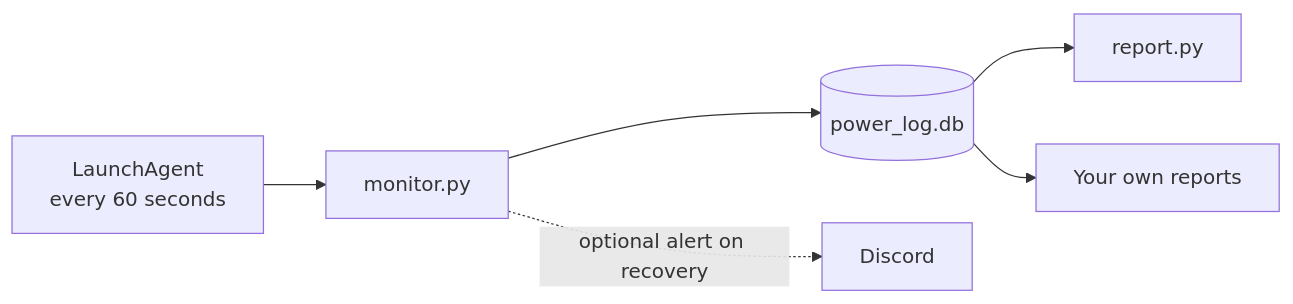
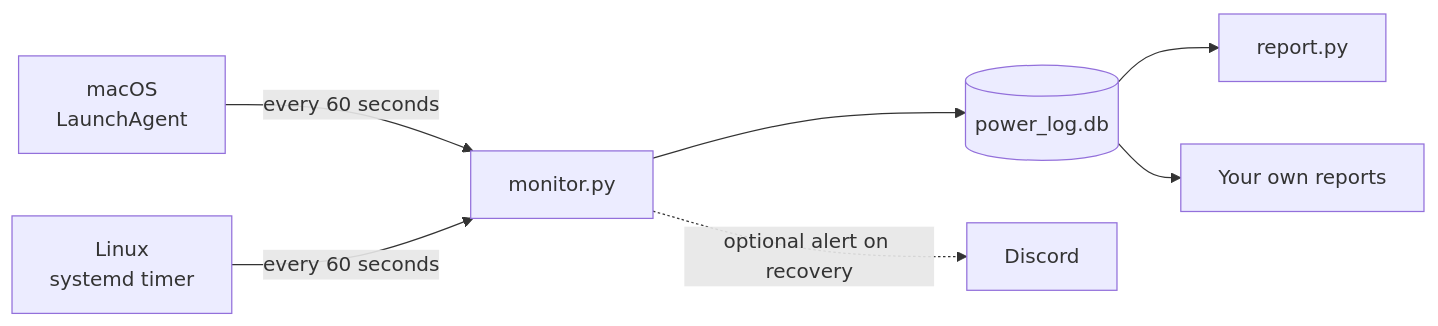
Before and after one commit to nadeemcite/power-monitor: the diagram in README.md, drawn with Mermaid. The commit also changed other lines of this file and 7 other files, not shown here.

Commit message:
Add Linux and Raspberry Pi systemd support

````diff
--- a/README.md
+++ b/README.md
@@ -167,8 +224,9 @@
 ```mermaid
 flowchart LR
-    agent["LaunchAgent<br/>every 60 seconds"] --> monitor["monitor.py"]
+    mac["macOS<br/>LaunchAgent"] -->|"every 60 seconds"| monitor["monitor.py"]
+    linux["Linux<br/>systemd timer"] -->|"every 60 seconds"| monitor
     monitor --> db[("power_log.db")]
     monitor -.->|"optional alert on recovery"| discord["Discord"]
     db --> report["report.py"]
     db --> own["Your own reports"]
 ```
````
